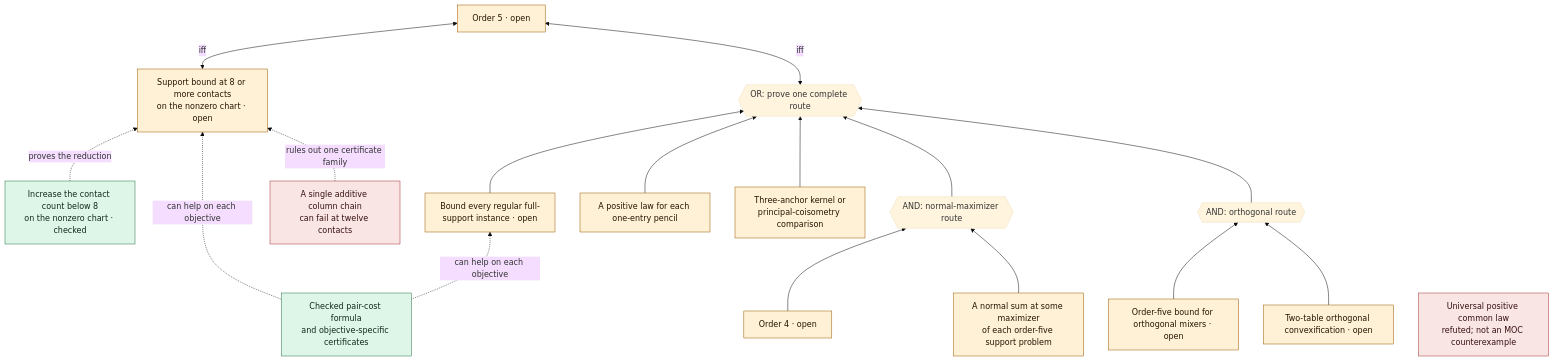
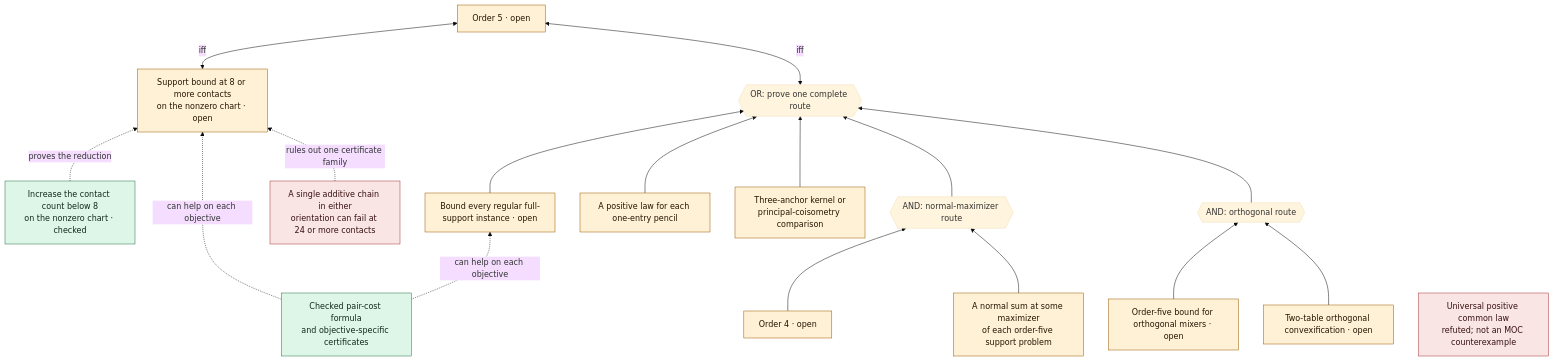
Before and after one commit to ascendnoosphere/MOC: the third of 4 diagrams in Lean/ProofTree.md, drawn with Mermaid (base theme). The commit also changed other lines of this file and 6 other files, not shown here.

````diff
--- a/Lean/ProofTree.md
+++ b/Lean/ProofTree.md
@@ -68,37 +68,37 @@
 ```mermaid
 flowchart BT
     FIVE["Order 5 · open"]:::open
     OR5{{"OR: prove one complete route"}}
     DENSE["Bound every regular full-support instance · open"]:::open
     PENCIL["A positive law for each one-entry pencil"]:::open
     CHART["Three-anchor kernel or<br/>principal-coisometry comparison"]:::open
     ANDN{{"AND: normal-maximizer route"}}
     FOUR["Order 4 · open"]:::open
     NORMAL["A normal sum at some maximizer<br/>of each order-five support problem"]:::open
     TRANSFER["Increase the contact count below 8<br/>on the nonzero chart · checked"]:::checked
     EIGHT["Support bound at 8 or more contacts<br/>on the nonzero chart · open"]:::open
     ANDO{{"AND: orthogonal route"}}
     REAL["Order-five bound for orthogonal mixers · open"]:::open
     MIX["Two-table orthogonal convexification · open"]:::open
-    CHAIN["A single additive column chain<br/>can fail at twelve contacts"]:::blocked
+    CHAIN["A single additive chain in either<br/>orientation can fail at 24 or more contacts"]:::blocked
     COST["Checked pair-cost formula<br/>and objective-specific certificates"]:::checked
     DEAD["Universal positive common law<br/>refuted; not an MOC counterexample"]:::blocked
     DENSE --> OR5
     PENCIL --> OR5
     CHART --> OR5
     FOUR --> ANDN
     NORMAL --> ANDN
     TRANSFER -. proves the reduction .-> EIGHT
     EIGHT <-->|iff| FIVE
     REAL --> ANDO
     MIX --> ANDO
     ANDN --> OR5
     ANDO --> OR5
     COST -. can help on each objective .-> DENSE
     COST -. can help on each objective .-> EIGHT
     CHAIN -. rules out one certificate family .-> EIGHT
     OR5 <-->|iff| FIVE
     classDef open fill:#fff1d6,stroke:#9a5900,color:#231500
     classDef checked fill:#ddf6e7,stroke:#287348,color:#10291a
     classDef blocked fill:#fae5e5,stroke:#a33434,color:#361010
 ```
````
